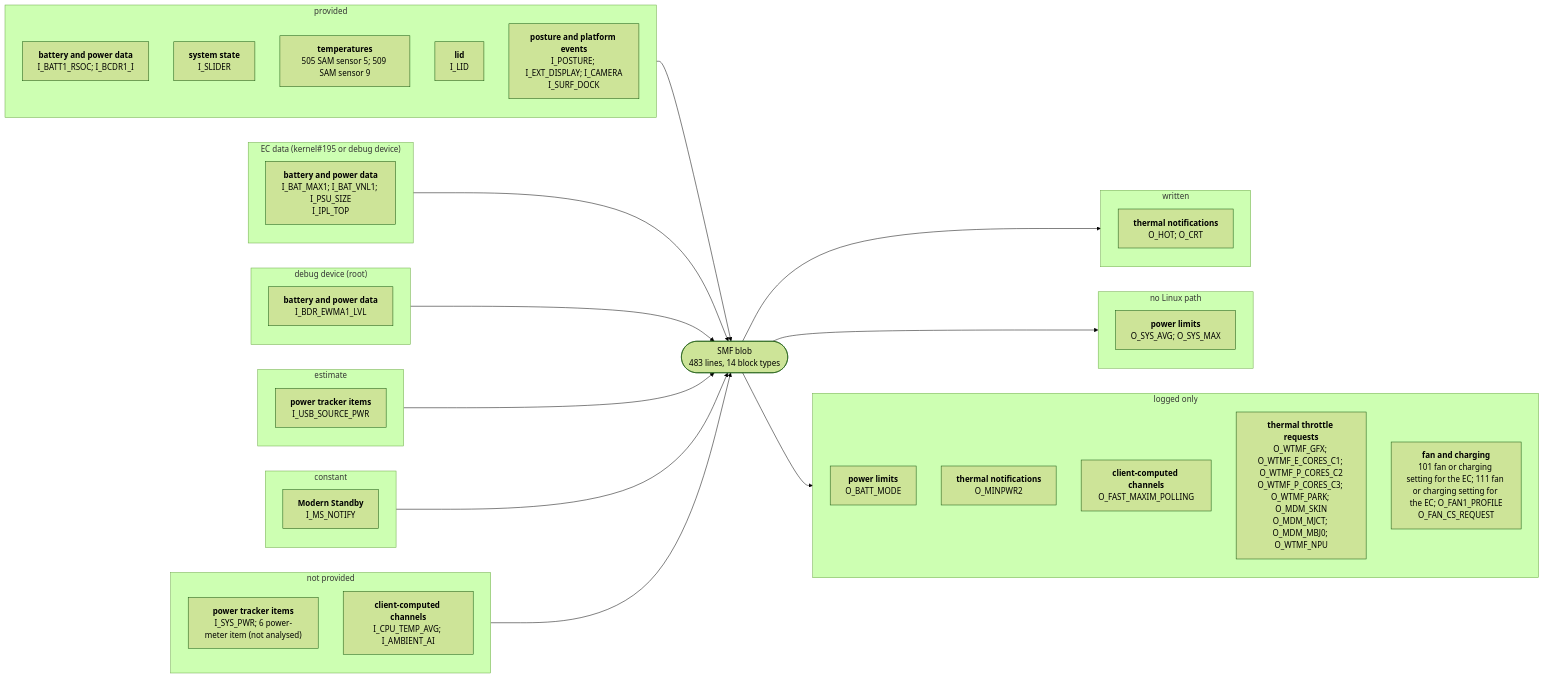
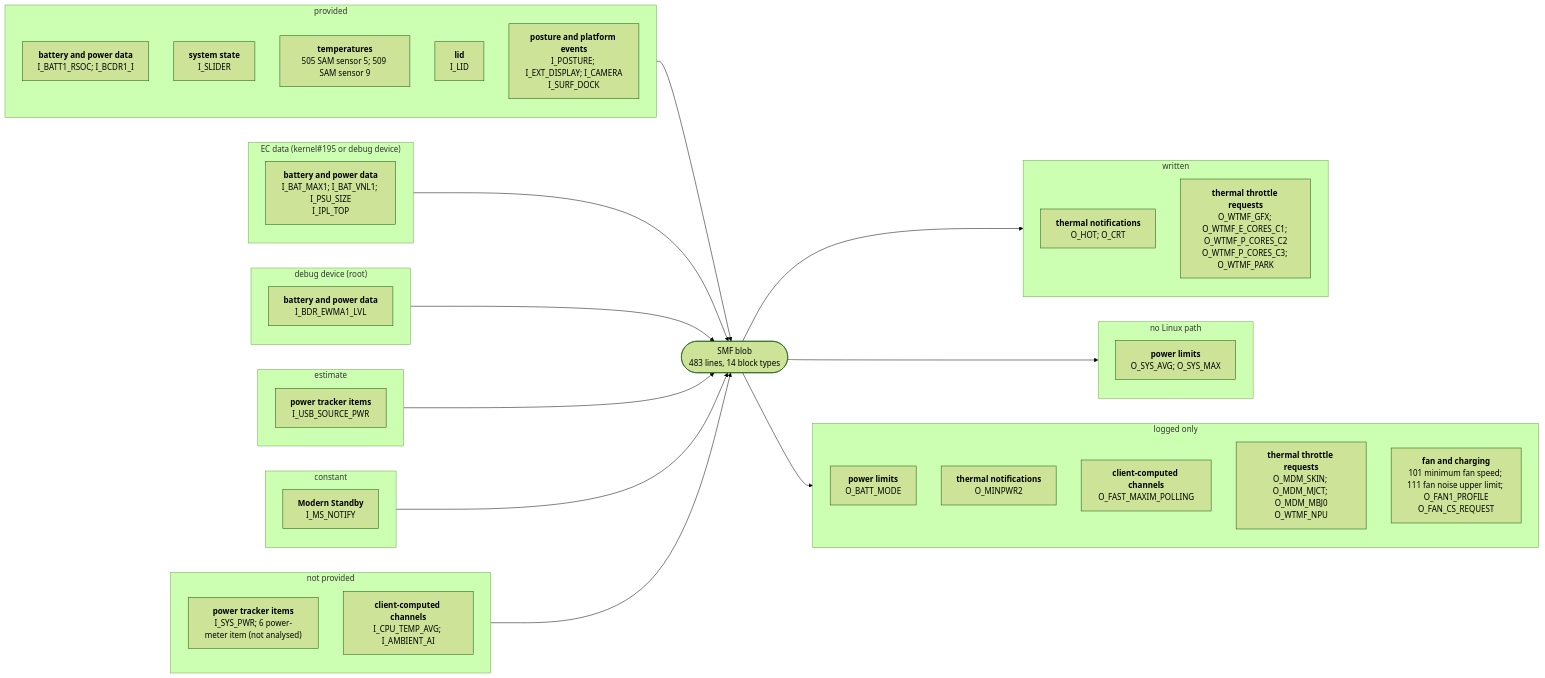
The diagram in docs/devices/surface-pro-11-snapdragon.md (larsschellhas/linux-surface-power), drawn with Mermaid (forest theme) before and after one commit. The commit also changed other lines of this file and 36 other files, not shown here.

First line of the commit message:
Throttle requests through cpufreq/GPU caps; fan and charging outputs analysed

````diff
--- a/docs/devices/surface-pro-11-snapdragon.md
+++ b/docs/devices/surface-pro-11-snapdragon.md
@@ -22,49 +22,50 @@
 ```mermaid
 flowchart LR
     subgraph IN0["provided"]
         I0_28B7BD85["<b>battery and power data</b><br/>I_BATT1_RSOC; I_BCDR1_I"]
         I0_2DD6960F["<b>system state</b><br/>I_SLIDER"]
         I0_2E8B14C2["<b>temperatures</b><br/>505 SAM sensor 5; 509 SAM sensor 9"]
         I0_5D0EE597["<b>lid</b><br/>I_LID"]
         I0_8060B17F["<b>posture and platform events</b><br/>I_POSTURE; I_EXT_DISPLAY; I_CAMERA<br/>I_SURF_DOCK"]
     end
     IN0 --> B
     subgraph IN1["EC data (kernel#195 or debug device)"]
         I1_28B7BD85["<b>battery and power data</b><br/>I_BAT_MAX1; I_BAT_VNL1; I_PSU_SIZE<br/>I_IPL_TOP"]
     end
     IN1 --> B
     subgraph IN2["debug device (root)"]
         I2_28B7BD85["<b>battery and power data</b><br/>I_BDR_EWMA1_LVL"]
     end
     IN2 --> B
     subgraph IN3["estimate"]
         I3_049E36F2["<b>power tracker items</b><br/>I_USB_SOURCE_PWR"]
     end
     IN3 --> B
     subgraph IN4["constant"]
         I4_DEF1AB69["<b>Modern Standby</b><br/>I_MS_NOTIFY"]
     end
     IN4 --> B
     subgraph IN5["not provided"]
         I5_049E36F2["<b>power tracker items</b><br/>I_SYS_PWR; 6 power-meter item (not analysed)"]
         I5_87008365["<b>client-computed channels</b><br/>I_CPU_TEMP_AVG; I_AMBIENT_AI"]
     end
     IN5 --> B
     B(["SMF blob<br/>483 lines, 14 block types"])
     subgraph OUT0["written"]
         O0_110DF2A4["<b>thermal notifications</b><br/>O_HOT; O_CRT"]
+        O0_9BBB8910["<b>thermal throttle requests</b><br/>O_WTMF_GFX; O_WTMF_E_CORES_C1; O_WTMF_P_CORES_C2<br/>O_WTMF_P_CORES_C3; O_WTMF_PARK"]
     end
     B --> OUT0
     subgraph OUT1["no Linux path"]
         O1_0B7B5350["<b>power limits</b><br/>O_SYS_AVG; O_SYS_MAX"]
     end
     B --> OUT1
     subgraph OUT2["logged only"]
         O2_0B7B5350["<b>power limits</b><br/>O_BATT_MODE"]
         O2_110DF2A4["<b>thermal notifications</b><br/>O_MINPWR2"]
         O2_87008365["<b>client-computed channels</b><br/>O_FAST_MAXIM_POLLING"]
-        O2_9BBB8910["<b>thermal throttle requests</b><br/>O_WTMF_GFX; O_WTMF_E_CORES_C1; O_WTMF_P_CORES_C2<br/>O_WTMF_P_CORES_C3; O_WTMF_PARK; O_MDM_SKIN<br/>O_MDM_MJCT; O_MDM_MBJ0; O_WTMF_NPU"]
-        O2_B620798F["<b>fan and charging</b><br/>101 fan or charging setting for the EC; 111 fan or charging setting for the EC; O_FAN1_PROFILE<br/>O_FAN_CS_REQUEST"]
+        O2_9BBB8910["<b>thermal throttle requests</b><br/>O_MDM_SKIN; O_MDM_MJCT; O_MDM_MBJ0<br/>O_WTMF_NPU"]
+        O2_B620798F["<b>fan and charging</b><br/>101 minimum fan speed; 111 fan noise upper limit; O_FAN1_PROFILE<br/>O_FAN_CS_REQUEST"]
     end
     B --> OUT2
 ```
````
